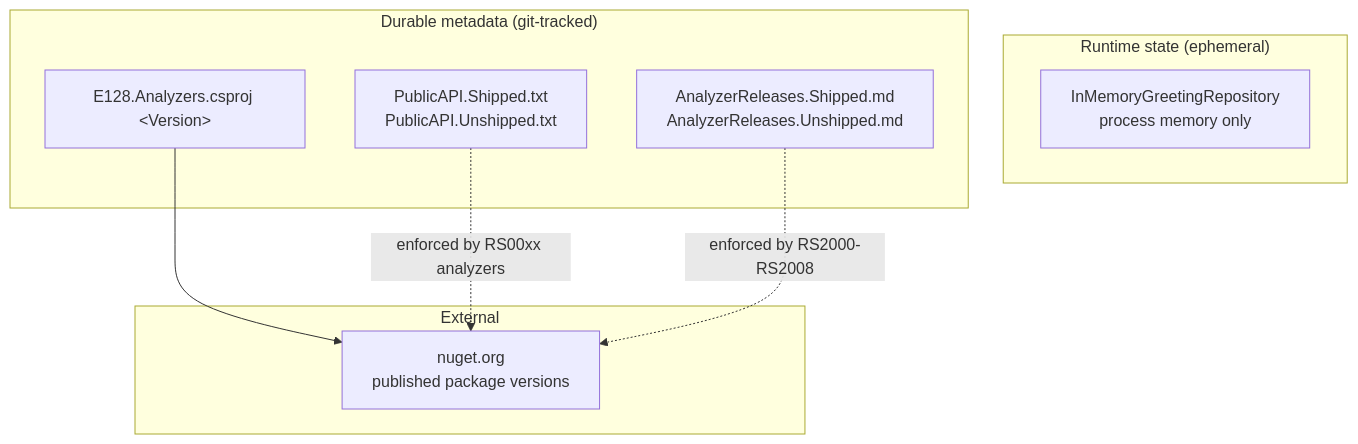
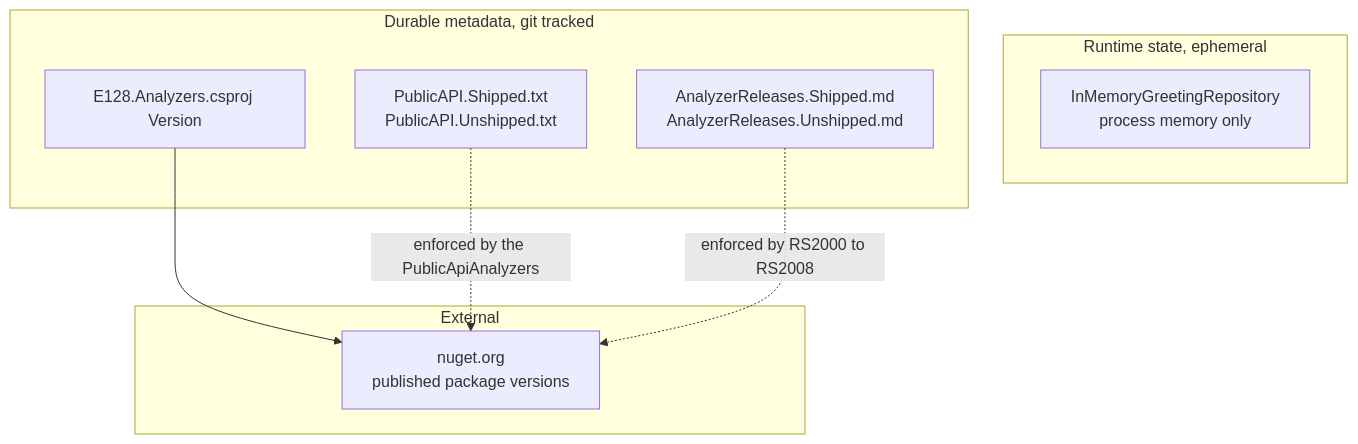
The first of 3 diagrams in docs/architecture/storage.md (e128/dotnet-reference), drawn with Mermaid before and after one commit. The commit also changed other lines of this file and 20 other files, not shown here.

````diff
--- a/docs/architecture/storage.md
+++ b/docs/architecture/storage.md
@@ -11,17 +11,17 @@
 ```mermaid
 graph TB
-  subgraph runtime["Runtime state (ephemeral)"]
+  subgraph runtime["Runtime state, ephemeral"]
     mem["InMemoryGreetingRepository<br/>process memory only"]
   end
-  subgraph durable["Durable metadata (git-tracked)"]
+  subgraph durable["Durable metadata, git tracked"]
     papi["PublicAPI.Shipped.txt<br/>PublicAPI.Unshipped.txt"]
     rel["AnalyzerReleases.Shipped.md<br/>AnalyzerReleases.Unshipped.md"]
-    ver["E128.Analyzers.csproj &lt;Version&gt;"]
+    ver["E128.Analyzers.csproj Version"]
   end
   subgraph external["External"]
     nuget["nuget.org<br/>published package versions"]
   end
   ver --> nuget
-  papi -. "enforced by RS00xx analyzers" .-> nuget
-  rel -. "enforced by RS2000-RS2008" .-> nuget
+  papi -. "enforced by the PublicApiAnalyzers" .-> nuget
+  rel -. "enforced by RS2000 to RS2008" .-> nuget
 ```
````
